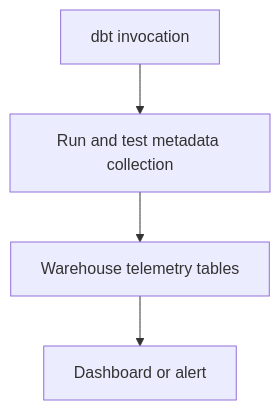
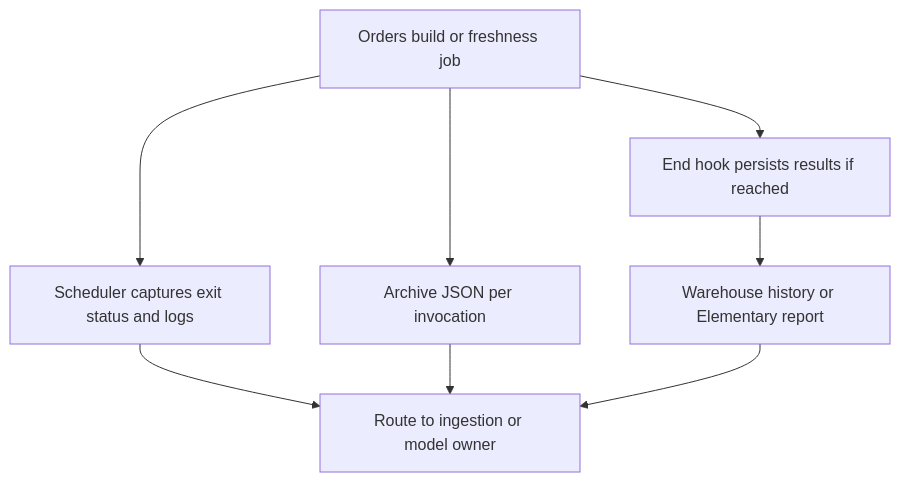
Before and after one commit to Rohit1024/dbt-learn: the diagram in docs/lessons/0035-dbt-artifacts-and-elementary-observability.md, drawn with Mermaid. The commit also changed other lines of this file and 4 other files, not shown here.

````diff
--- a/docs/lessons/0035-dbt-artifacts-and-elementary-observability.md
+++ b/docs/lessons/0035-dbt-artifacts-and-elementary-observability.md
@@ -7,8 +5,10 @@
 ```mermaid
 flowchart TD
-    A["dbt invocation"]
-    B["Run and test metadata collection"]
-    C["Warehouse telemetry tables"]
-    D["Dashboard or alert"]
-    A --> B --> C --> D
+    Run["Orders build or freshness job"] --> Exit["Scheduler captures exit status and logs"]
+    Run --> Files["Archive JSON per invocation"]
+    Run --> Hook["End hook persists results if reached"]
+    Hook --> Mart["Warehouse history or Elementary report"]
+    Exit --> Triage["Route to ingestion or model owner"]
+    Files --> Triage
+    Mart --> Triage
 ```
````
